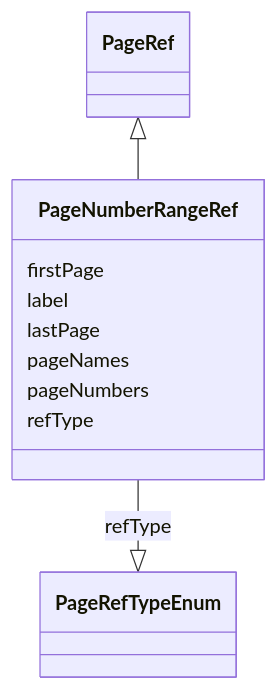
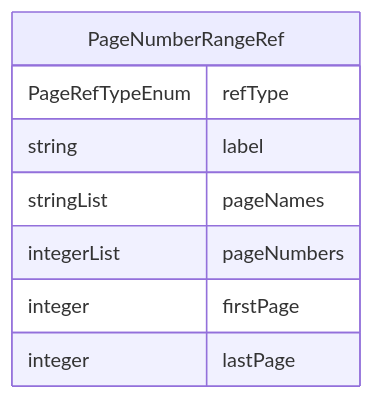
One commit to cdisc-org/analysis-results-standard changed the diagram in project/docs/PageNumberRangeRef.md. Above: the diagram before and after it, drawn with Mermaid. The commit also changed 131 other files, not shown here.

Commit message:
Add top-level diagram to documentation

````diff
--- a/project/docs/PageNumberRangeRef.md
+++ b/project/docs/PageNumberRangeRef.md
@@ -14,21 +13,14 @@
 ```mermaid
- classDiagram
-    class PageNumberRangeRef
-      PageRef <|-- PageNumberRangeRef
-      
-      PageNumberRangeRef : firstPage
-        
-      PageNumberRangeRef : label
-        
-      PageNumberRangeRef : lastPage
-        
-      PageNumberRangeRef : pageNames
-        
-      PageNumberRangeRef : pageNumbers
-        
-      PageNumberRangeRef : refType
-        
-          PageNumberRangeRef --|> PageRefTypeEnum : refType
-        
-      
+erDiagram
+PageNumberRangeRef {
+    PageRefTypeEnum refType  
+    string label  
+    stringList pageNames  
+    integerList pageNumbers  
+    integer firstPage  
+    integer lastPage  
+}
+
+
+
 ```
````
